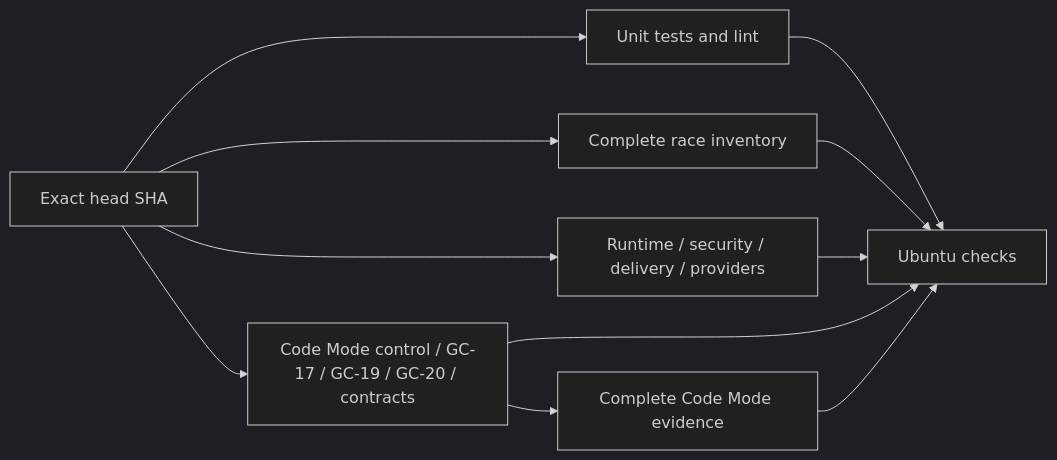
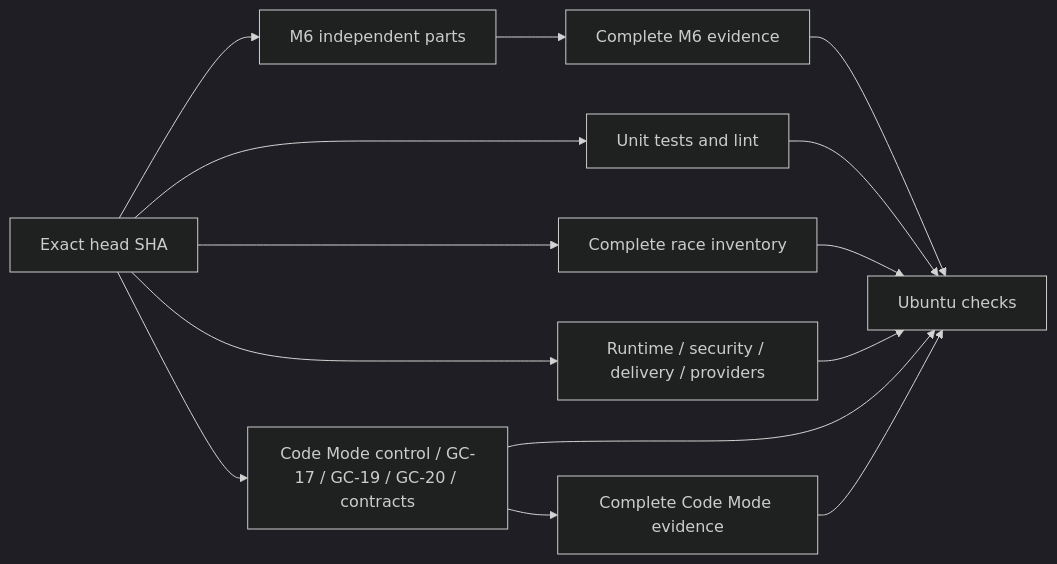
The diagram in docs/ci.md (z-chenhao/assistant), drawn with Mermaid (dark theme) before and after one commit. The commit also changed other lines of this file and 47 other files, not shown here.

````diff
--- a/docs/ci.md
+++ b/docs/ci.md
@@ -10,13 +10,16 @@
 ```mermaid
 flowchart LR
     SHA[Exact head SHA] --> Unit[Unit tests and lint]
     SHA --> Race[Complete race inventory]
     SHA --> Verify[Runtime / security / delivery / providers]
+    SHA --> Personal[M6 independent parts]
+    Personal --> M6Join[Complete M6 evidence]
+    M6Join --> Gate
     SHA --> Parts[Code Mode control / GC-17 / GC-19 / GC-20 / contracts]
     Parts --> Join[Complete Code Mode evidence]
     Unit --> Gate[Ubuntu checks]
     Race --> Gate
     Verify --> Gate
     Parts --> Gate
     Join --> Gate
 ```
````
